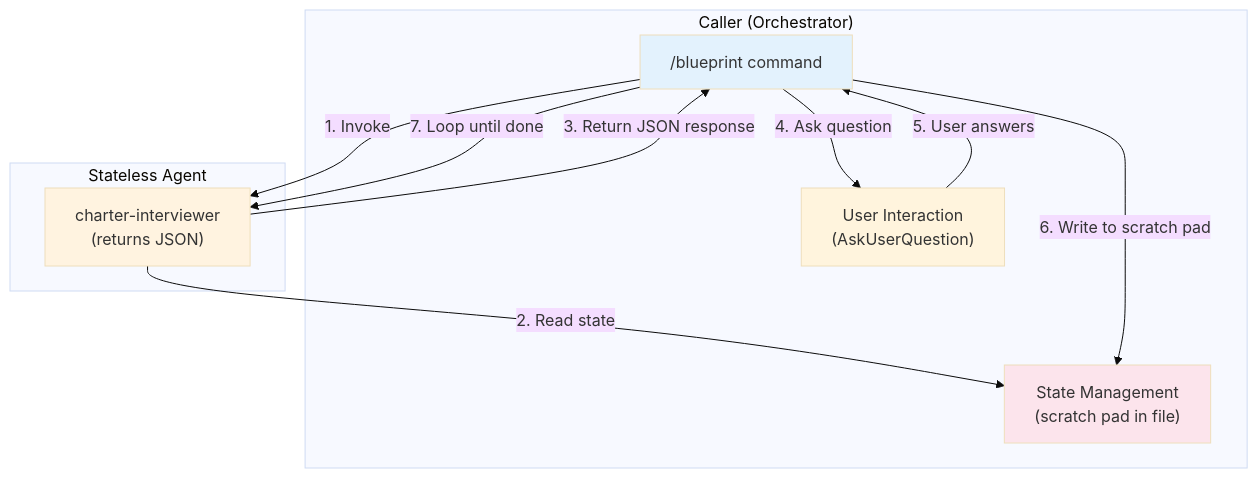
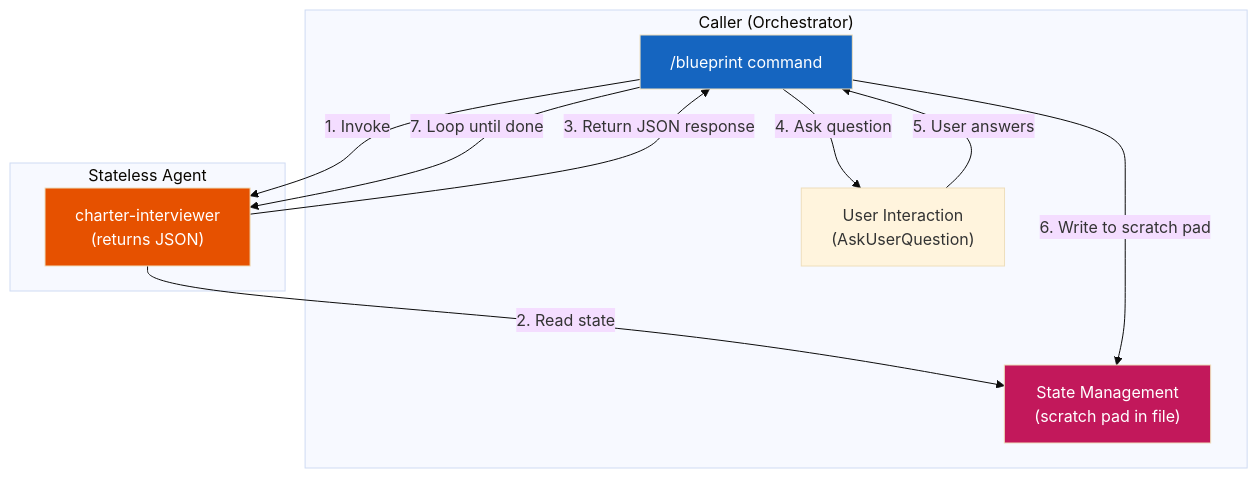
The first of 2 diagrams in docs/concepts/stateless-agents.md (rp1-run/rp1), drawn with Mermaid (base theme) before and after one commit. The commit also changed other lines of this file and 17 other files, not shown here.

````diff
--- a/docs/concepts/stateless-agents.md
+++ b/docs/concepts/stateless-agents.md
@@ -17,24 +17,24 @@
 ```mermaid
 flowchart TB
     subgraph "Caller (Orchestrator)"
         CMD["/blueprint command"]
         STATE["State Management<br/>(scratch pad in file)"]
         ASK["User Interaction<br/>(AskUserQuestion)"]
     end
 
     subgraph "Stateless Agent"
         AGENT["charter-interviewer<br/>(returns JSON)"]
     end
 
     CMD -->|"1. Invoke"| AGENT
     AGENT -->|"2. Read state"| STATE
     AGENT -->|"3. Return JSON response"| CMD
     CMD -->|"4. Ask question"| ASK
     ASK -->|"5. User answers"| CMD
     CMD -->|"6. Write to scratch pad"| STATE
     CMD -->|"7. Loop until done"| AGENT
 
-    style CMD fill:#e3f2fd
-    style AGENT fill:#fff3e0
-    style STATE fill:#fce4ec
+    style CMD fill:#1565c0,color:#fff
+    style AGENT fill:#e65100,color:#fff
+    style STATE fill:#c2185b,color:#fff
 ```
````
